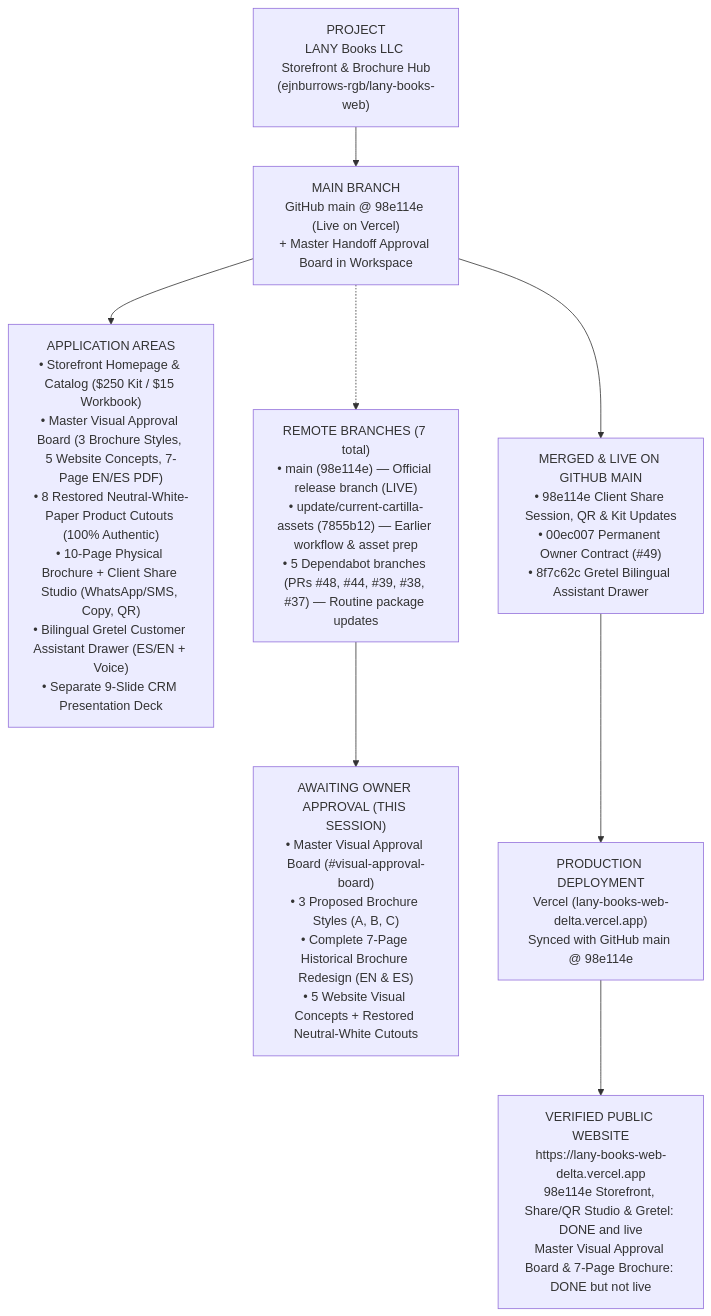
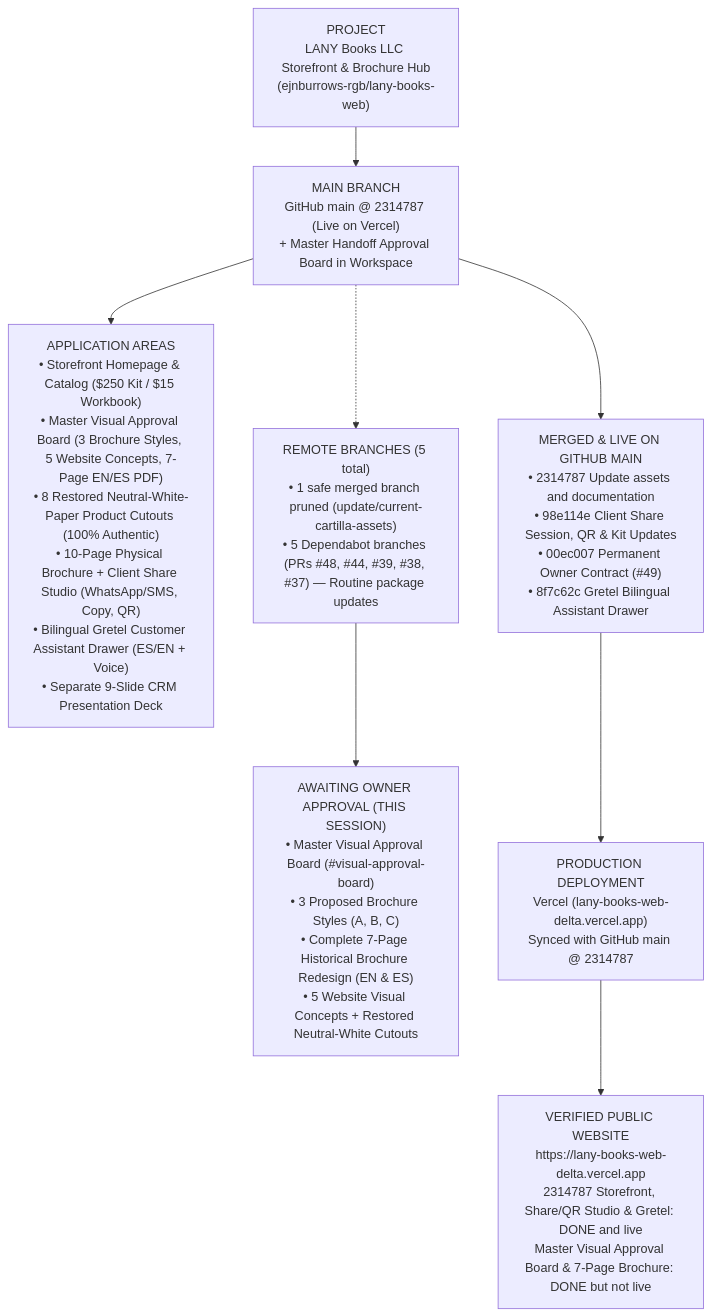
One commit to ejnburrows-rgb/lany-books-web changed the first of 2 diagrams in docs/OWNER-VISUAL-STATUS.md. Above: the diagram before and after it, drawn with Mermaid. The commit also changed other lines of this file, not shown here.

Commit message:
docs(status): update verified main revision 2314787 and pruned branches

````diff
--- a/docs/OWNER-VISUAL-STATUS.md
+++ b/docs/OWNER-VISUAL-STATUS.md
@@ -16,19 +16,19 @@
 ```mermaid
 flowchart TD
     PROJ["PROJECT<br/>LANY Books LLC Storefront & Brochure Hub<br/>(ejnburrows-rgb/lany-books-web)"]
-    MAIN["MAIN BRANCH<br/>GitHub main @ 98e114e (Live on Vercel)<br/>+ Master Handoff Approval Board in Workspace"]
+    MAIN["MAIN BRANCH<br/>GitHub main @ 2314787 (Live on Vercel)<br/>+ Master Handoff Approval Board in Workspace"]
     AREAS["APPLICATION AREAS<br/>• Storefront Homepage & Catalog ($250 Kit / $15 Workbook)<br/>• Master Visual Approval Board (3 Brochure Styles, 5 Website Concepts, 7-Page EN/ES PDF)<br/>• 8 Restored Neutral-White-Paper Product Cutouts (100% Authentic)<br/>• 10-Page Physical Brochure + Client Share Studio (WhatsApp/SMS, Copy, QR)<br/>• Bilingual Gretel Customer Assistant Drawer (ES/EN + Voice)<br/>• Separate 9-Slide CRM Presentation Deck"]
-    BRANCHES["REMOTE BRANCHES (7 total)<br/>• main (98e114e) — Official release branch (LIVE)<br/>• update/current-cartilla-assets (7855b12) — Earlier workflow & asset prep<br/>• 5 Dependabot branches (PRs #48, #44, #39, #38, #37) — Routine package updates"]
+    BRANCHES["REMOTE BRANCHES (5 total)<br/>• 1 safe merged branch pruned (update/current-cartilla-assets)<br/>• 5 Dependabot branches (PRs #48, #44, #39, #38, #37) — Routine package updates"]
     UNMERGED["AWAITING OWNER APPROVAL (THIS SESSION)<br/>• Master Visual Approval Board (#visual-approval-board)<br/>• 3 Proposed Brochure Styles (A, B, C)<br/>• Complete 7-Page Historical Brochure Redesign (EN & ES)<br/>• 5 Website Visual Concepts + Restored Neutral-White Cutouts"]
-    MERGED["MERGED & LIVE ON GITHUB MAIN<br/>• 98e114e Client Share Session, QR & Kit Updates<br/>• 00ec007 Permanent Owner Contract (#49)<br/>• 8f7c62c Gretel Bilingual Assistant Drawer"]
-    VERCEL["PRODUCTION DEPLOYMENT<br/>Vercel (lany-books-web-delta.vercel.app)<br/>Synced with GitHub main @ 98e114e"]
-    LIVE["VERIFIED PUBLIC WEBSITE<br/>https://lany-books-web-delta.vercel.app<br/>98e114e Storefront, Share/QR Studio & Gretel: DONE and live<br/>Master Visual Approval Board & 7-Page Brochure: DONE but not live"]
+    MERGED["MERGED & LIVE ON GITHUB MAIN<br/>• 2314787 Update assets and documentation<br/>• 98e114e Client Share Session, QR & Kit Updates<br/>• 00ec007 Permanent Owner Contract (#49)<br/>• 8f7c62c Gretel Bilingual Assistant Drawer"]
+    VERCEL["PRODUCTION DEPLOYMENT<br/>Vercel (lany-books-web-delta.vercel.app)<br/>Synced with GitHub main @ 2314787"]
+    LIVE["VERIFIED PUBLIC WEBSITE<br/>https://lany-books-web-delta.vercel.app<br/>2314787 Storefront, Share/QR Studio & Gretel: DONE and live<br/>Master Visual Approval Board & 7-Page Brochure: DONE but not live"]
 
     PROJ --> MAIN
     MAIN --> AREAS
     MAIN -.-> BRANCHES
     BRANCHES --> UNMERGED
     MAIN --> MERGED
     MERGED --> VERCEL
     VERCEL --> LIVE
 ```
````
